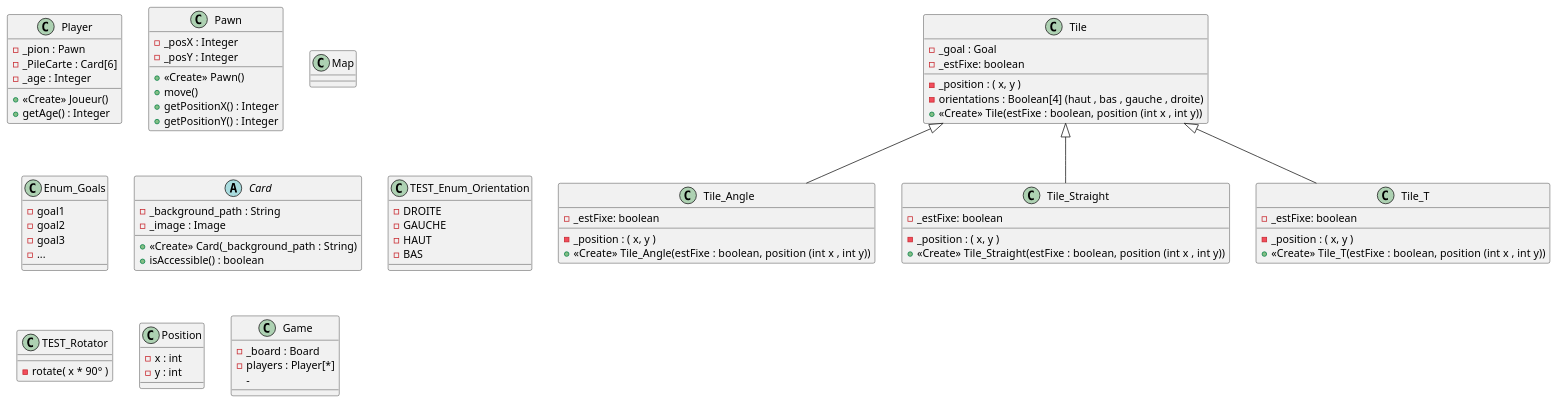
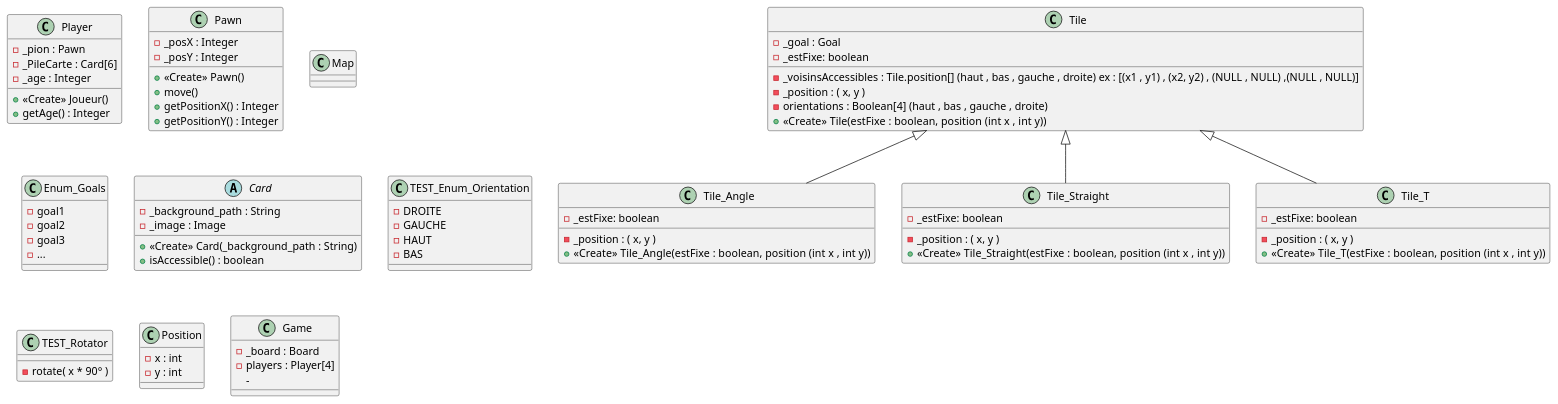
One commit to DLR-coding/Labyrinthe-Java changed the diagram in game.puml. Above: the diagram before and after it, drawn with PlantUML.

Commit message:
Tile dev.ed un peu plus

```diff
--- a/game.puml
+++ b/game.puml
@@ -1,86 +1,87 @@
 @startuml
 class Player {
 - _pion : Pawn
 - _PileCarte : Card[6]
 - _age : Integer
 + <<Create>> Joueur()
 + getAge() : Integer
 
 }
 class Pawn{
 - _posX : Integer
 - _posY : Integer
 + <<Create>> Pawn()
 + move()
 + getPositionX() : Integer
 + getPositionY() : Integer
 }
 
 class Map{
 }
 
 class Tile {
     - _goal : Goal
+    - _voisinsAccessibles : Tile.position[] (haut , bas , gauche , droite) ex : [(x1 , y1) , (x2, y2) , (NULL , NULL) ,(NULL , NULL)]
     - _estFixe: boolean
     - _position : ( x, y )
     - orientations : Boolean[4] (haut , bas , gauche , droite)
     + <<Create>> Tile(estFixe : boolean,  position (int x , int y))
 }
 
 class Enum_Goals {
     - goal1
     - goal2
     - goal3
     - ...
 }
 
 class Tile_Angle extends Tile{
     - _estFixe: boolean
     - _position : ( x, y )
     + <<Create>> Tile_Angle(estFixe : boolean,  position (int x , int y))
 }
 
 class Tile_Straight extends Tile {
     - _estFixe: boolean
     - _position : ( x, y )
     + <<Create>> Tile_Straight(estFixe : boolean,  position (int x , int y))
 }
 
 class Tile_T extends Tile {
     - _estFixe: boolean
     - _position : ( x, y )
     + <<Create>> Tile_T(estFixe : boolean,  position (int x , int y))
 }
 
 abstract Card {
     - _background_path : String
     - _image : Image
     + <<Create>> Card(_background_path : String)
     + isAccessible() : boolean
     }
 
 
 class TEST_Enum_Orientation {
     - DROITE
     - GAUCHE
     - HAUT
     - BAS
 }
 
 class TEST_Rotator {
     - rotate( x * 90° )
 }
 
 
 class Position {
     - x : int
     - y : int
 }
 
 class Game {
     - _board : Board
-    - players : Player[*]
+    - players : Player[4]
     -
 
 }
 @enduml
```
